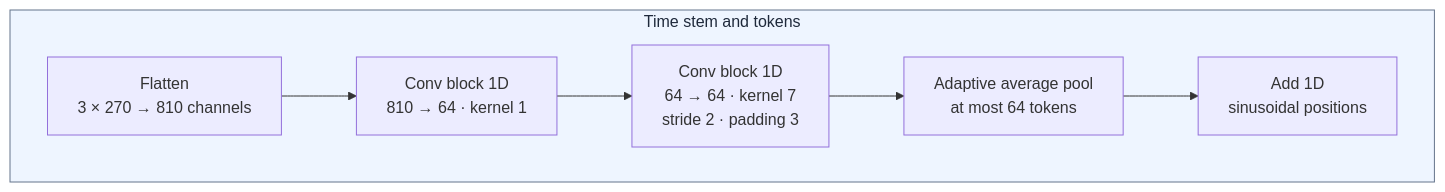
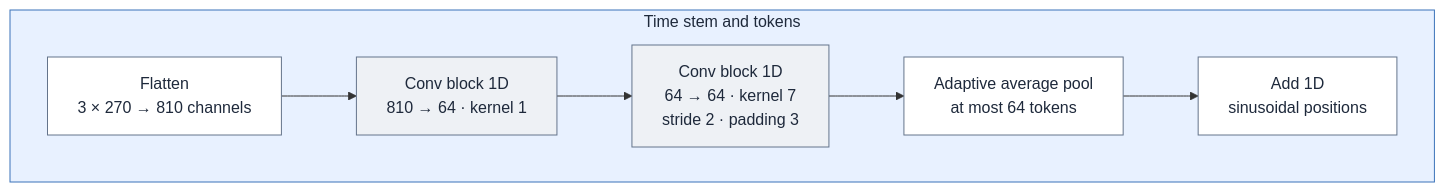
The third of 6 diagrams in README.md (kwang0913/WiFiSensing_DomainShift), drawn with Mermaid before and after one commit. The commit also changed other lines of this file, not shown here.

````diff
--- a/README.md
+++ b/README.md
@@ -60,11 +72,14 @@
 ```mermaid
 flowchart LR
     subgraph BLOCK["Time stem and tokens"]
         direction LR
         X["Flatten<br/>3 × 270 → 810 channels"] --> C1["Conv block 1D<br/>810 → 64 · kernel 1"]
         C1 --> C2["Conv block 1D<br/>64 → 64 · kernel 7<br/>stride 2 · padding 3"]
         C2 --> P["Adaptive average pool<br/>at most 64 tokens"]
         P --> PE["Add 1D<br/>sinusoidal positions"]
     end
-    style BLOCK fill:#eef5ff,stroke:#64748b,color:#1e293b
+    style BLOCK fill:#e8f1ff,stroke:#3b73b9,color:#1e293b
+    classDef default fill:#ffffff,stroke:#64748b,color:#1e293b
+    classDef conv fill:#eef1f5,stroke:#64748b,color:#1e293b
+    class C1,C2 conv
 ```
````
